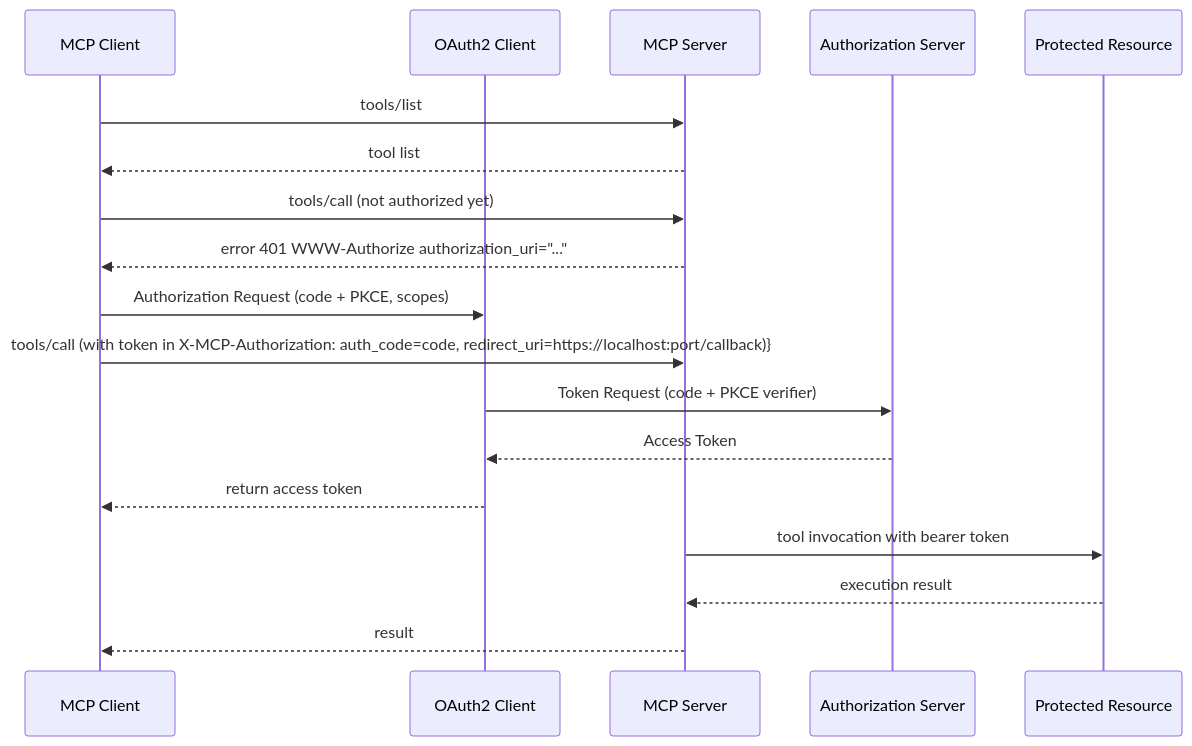
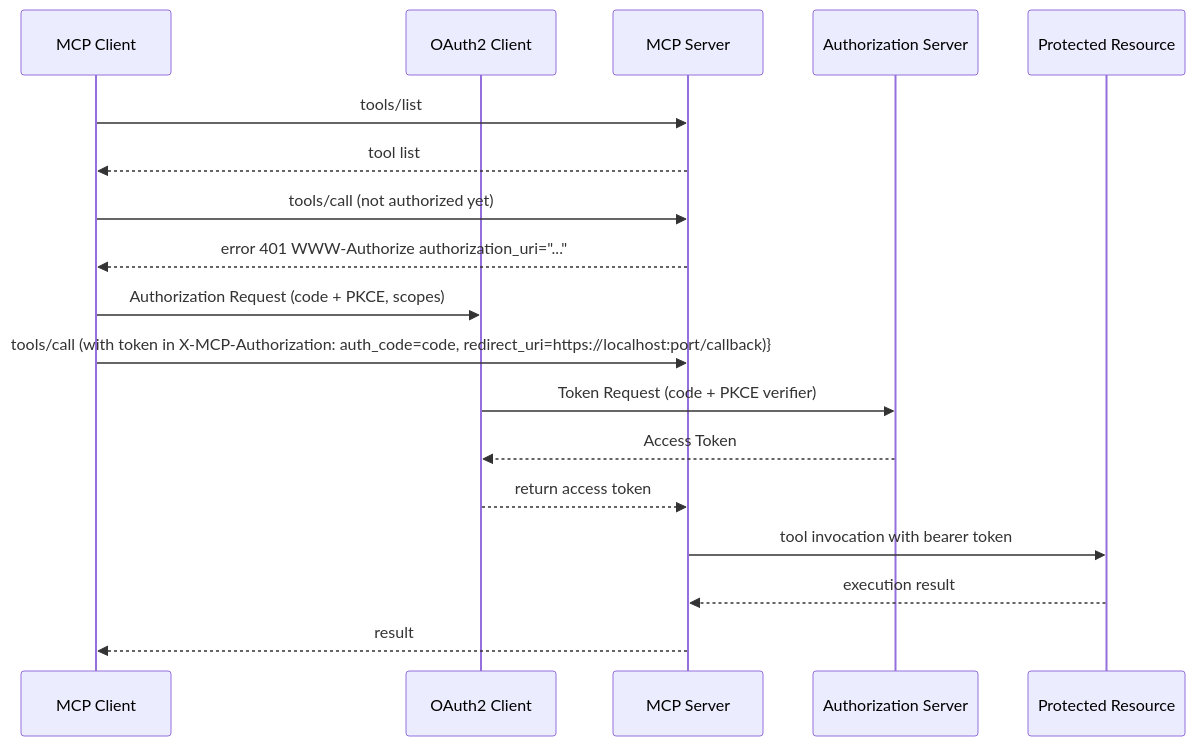
Before and after one commit to viant/mcp: the first of 2 diagrams in proposal.md, drawn with Mermaid. The commit also changed other lines of this file, not shown here.

````diff
--- a/proposal.md
+++ b/proposal.md
@@ -344,23 +344,23 @@
 ```mermaid
 sequenceDiagram
     participant MCP_Client as MCP Client
     participant OAuth2_Client as OAuth2 Client
     participant MCP_Server as MCP Server
     participant Auth_Server as Authorization Server
     participant Resource as Protected Resource
 
     MCP_Client->>MCP_Server: tools/list
     MCP_Server-->>MCP_Client: tool list 
 
     MCP_Client->>MCP_Server: tools/call (not authorized yet)
     MCP_Server-->>MCP_Client: error 401 WWW-Authorize authorization_uri="..."
     MCP_Client->>OAuth2_Client:  Authorization Request (code + PKCE, scopes)
     
     MCP_Client->>MCP_Server: tools/call (with token in X-MCP-Authorization: auth_code=code, redirect_uri=https://localhost:port/callback)}
     OAuth2_Client->>Auth_Server: Token Request (code + PKCE verifier)
     Auth_Server-->>OAuth2_Client: Access Token
-    OAuth2_Client-->>MCP_Client: return access token
+    OAuth2_Client-->>MCP_Server: return access token
     MCP_Server->>Resource: tool invocation with bearer token
     Resource-->>MCP_Server: execution result
     MCP_Server-->>MCP_Client: result
 ```
````
